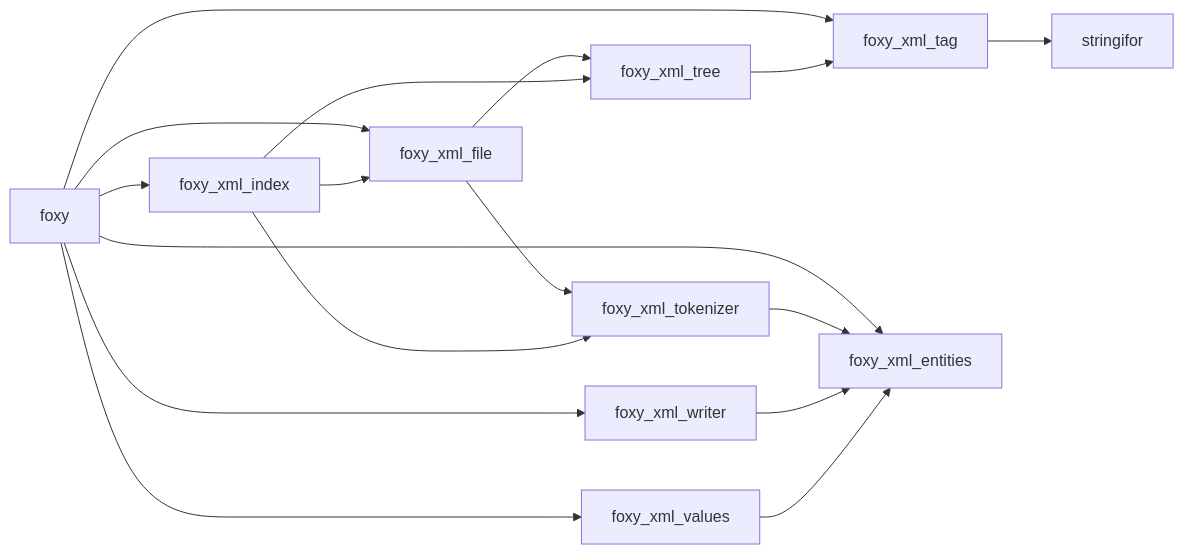
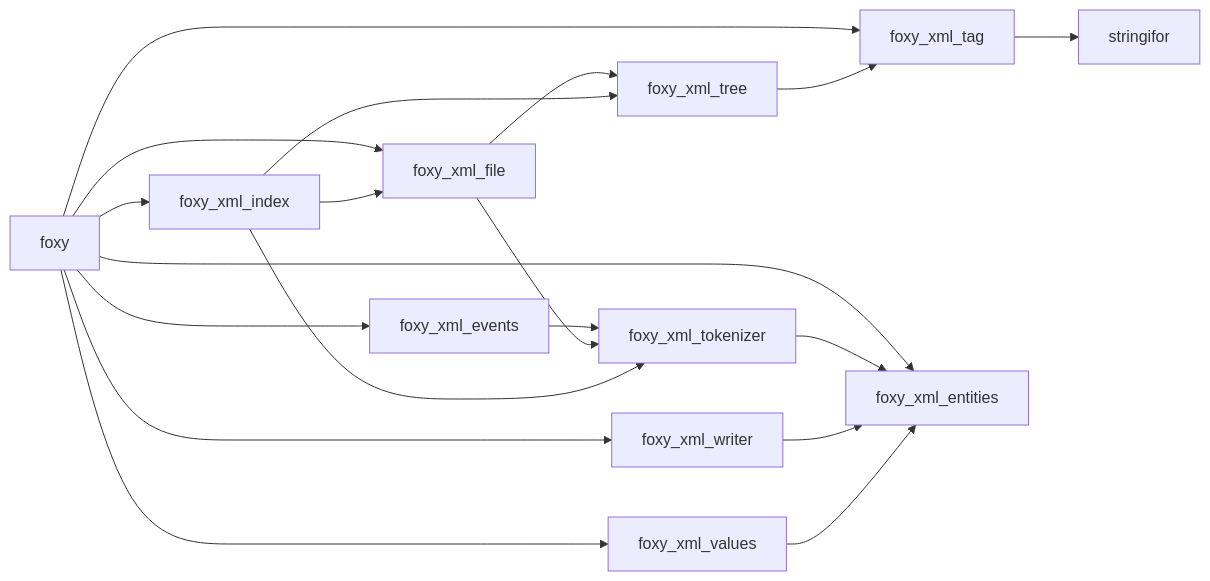
The diagram in docs/guide/features.md (Fortran-FOSS-Programmers/FoXy), drawn with Mermaid before and after one commit. The commit also changed other lines of this file and 14 other files, not shown here.

````diff
--- a/docs/guide/features.md
+++ b/docs/guide/features.md
@@ -47,9 +48,10 @@
 ```mermaid
 graph LR
-  foxy --> foxy_xml_file & foxy_xml_index & foxy_xml_writer & foxy_xml_tag & foxy_xml_entities & foxy_xml_values
+  foxy --> foxy_xml_file & foxy_xml_index & foxy_xml_events & foxy_xml_writer & foxy_xml_tag & foxy_xml_entities & foxy_xml_values
+  foxy_xml_events --> foxy_xml_tokenizer
   foxy_xml_index --> foxy_xml_file
   foxy_xml_file & foxy_xml_index --> foxy_xml_tokenizer & foxy_xml_tree
   foxy_xml_tree --> foxy_xml_tag
   foxy_xml_tag --> stringifor
   foxy_xml_tokenizer & foxy_xml_writer & foxy_xml_values --> foxy_xml_entities
 ```
````
